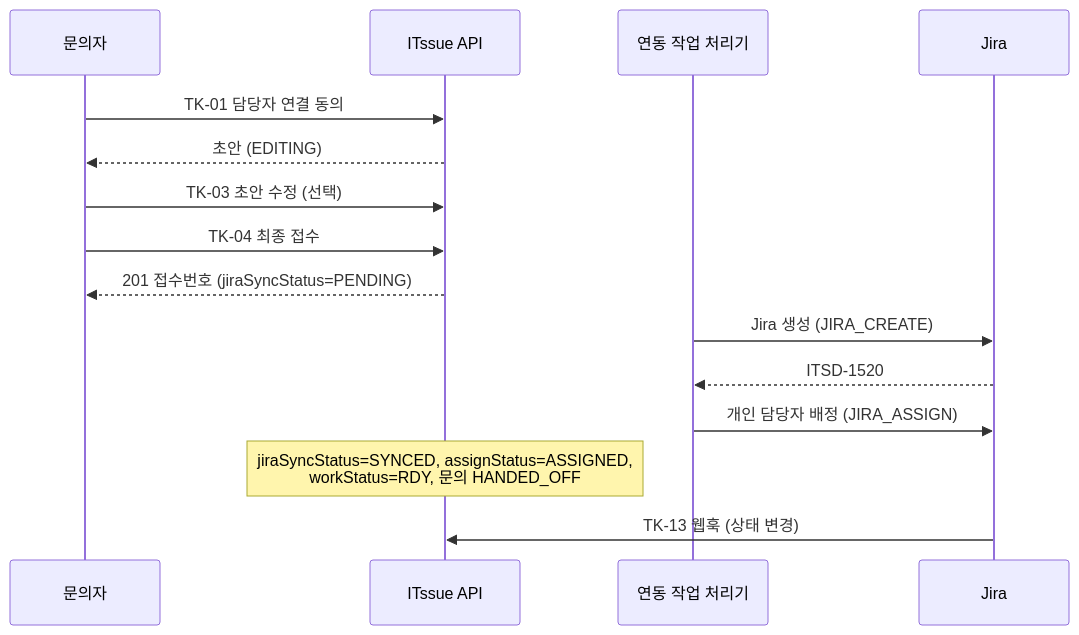
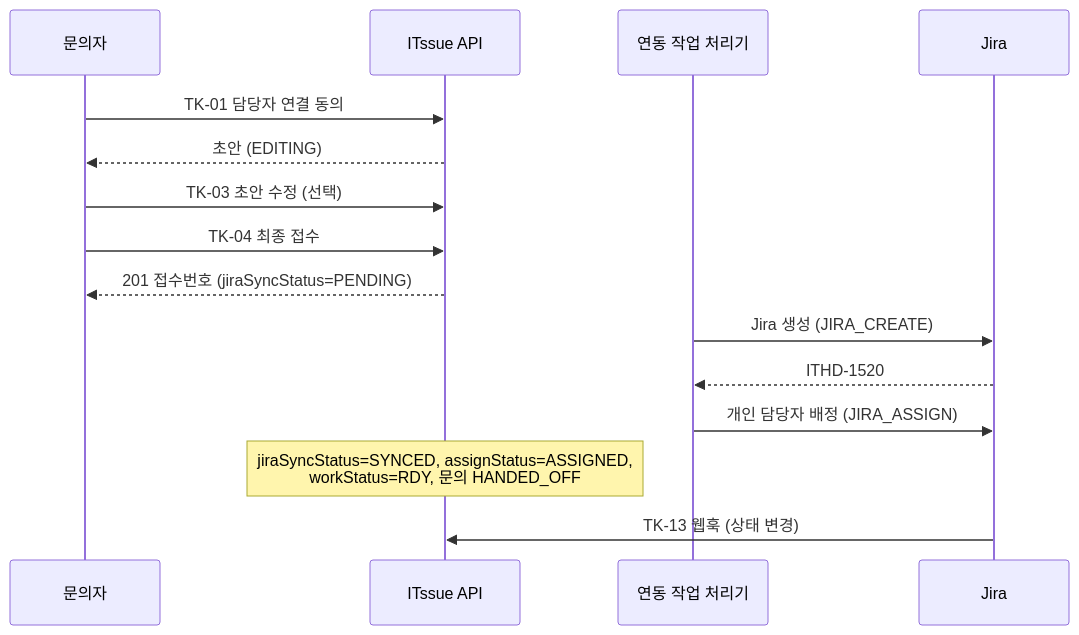
Before and after one commit to issue-helpdesk/issue-helpdesk: the diagram in docs/api/03.접수_연동.md, drawn with Mermaid. The commit also changed other lines of this file and 4 other files, not shown here.

````diff
--- a/docs/api/03.접수_연동.md
+++ b/docs/api/03.접수_연동.md
@@ -26,17 +26,17 @@
 ```mermaid
 sequenceDiagram
     participant U as 문의자
     participant API as ITssue API
     participant W as 연동 작업 처리기
     participant J as Jira
     U->>API: TK-01 담당자 연결 동의
     API-->>U: 초안 (EDITING)
     U->>API: TK-03 초안 수정 (선택)
     U->>API: TK-04 최종 접수
     API-->>U: 201 접수번호 (jiraSyncStatus=PENDING)
     W->>J: Jira 생성 (JIRA_CREATE)
-    J-->>W: ITSD-1520
+    J-->>W: ITHD-1520
     W->>J: 개인 담당자 배정 (JIRA_ASSIGN)
     Note over API: jiraSyncStatus=SYNCED, assignStatus=ASSIGNED,<br/>workStatus=RDY, 문의 HANDED_OFF
     J->>API: TK-13 웹훅 (상태 변경)
 ```
````
